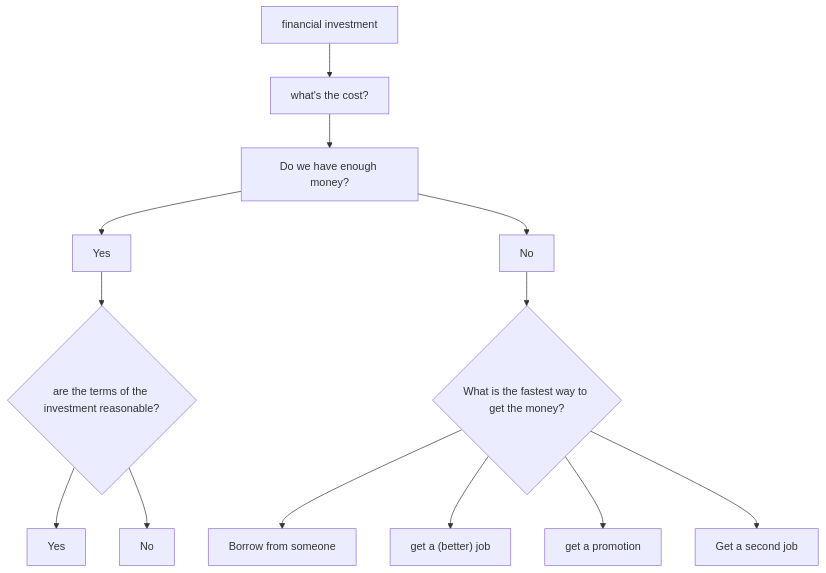
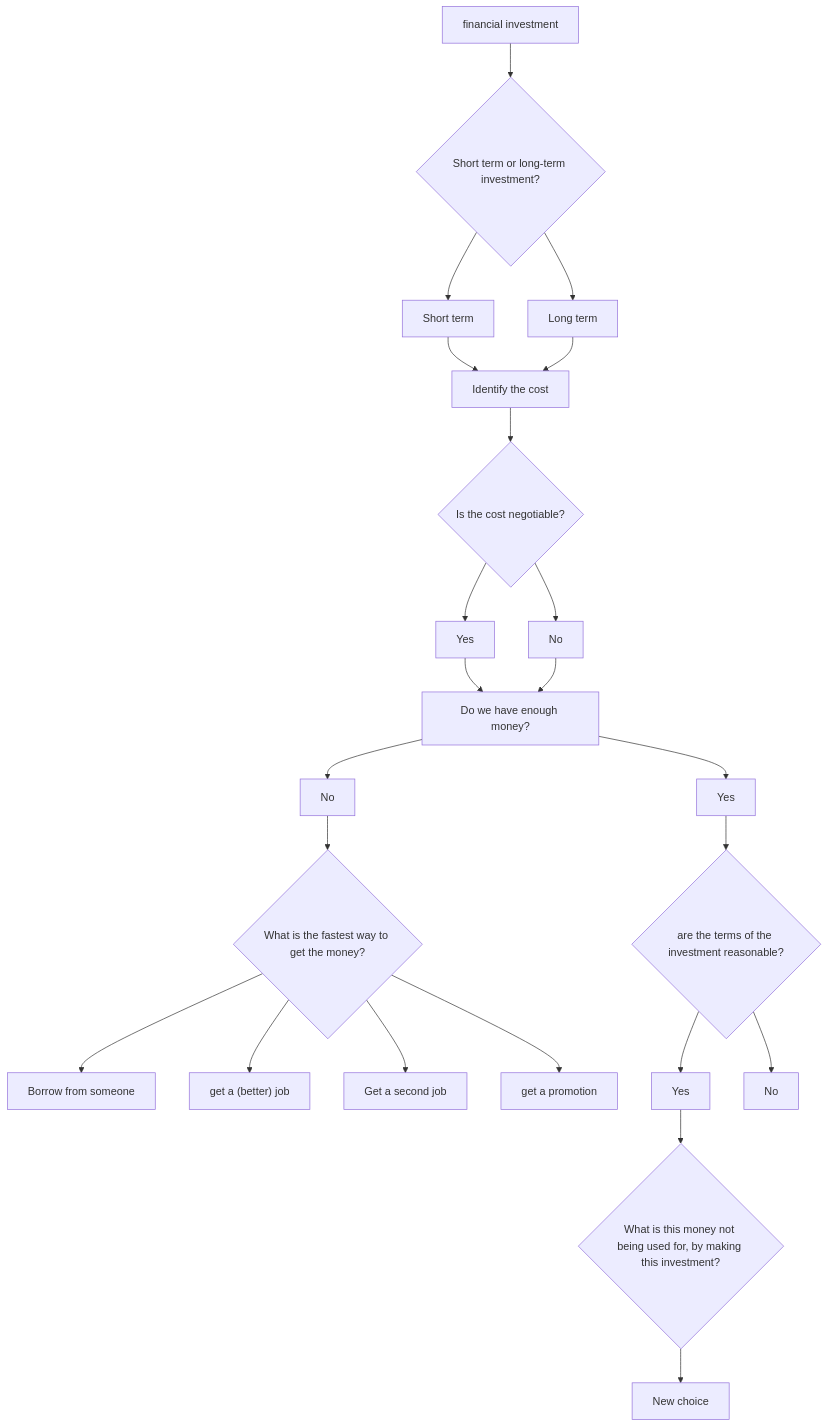
Before and after one commit to matkatmusic/relationship-mermaid: the diagram in diagrams/financial-investments.mmd, drawn with Mermaid. The commit also changed 3 other files, not shown here.

```diff
--- a/diagrams/financial-investments.mmd
+++ b/diagrams/financial-investments.mmd
@@ -1,28 +1,51 @@
 flowchart TD
   B_A[financial investment]
-  B_B[what's the cost?]
+  B_B["Identify the cost"]
   B_C[Do we have enough money?]
   Q_CHOICE_C_Y[Yes]
   Q_CHOICE_C_N[No]
   Q_NEED_MONEY_ROUTE{What is the fastest way to get the money?}
 B_E_BORROW[Borrow from someone]
 B_E_NEW_JOB["get a (better) job"]
 B_E_SECOND_JOB[Get a second job]
 B_E_JOB_PROMOTION[get a promotion]
   Q_ARE_TERMS_REASONABLE{are the terms of the investment reasonable?}
 
 Q_CHOICE_ARE_TERMS_REASONABLE_Y[Yes]
 Q_CHOICE_ARE_TERMS_REASONABLE_N[No]
 
-B_A --> B_B --> B_C
 B_C --> Q_CHOICE_C_Y --> Q_ARE_TERMS_REASONABLE
 B_C --> Q_CHOICE_C_N --> Q_NEED_MONEY_ROUTE
 
 Q_NEED_MONEY_ROUTE --> B_E_BORROW
 Q_NEED_MONEY_ROUTE --> B_E_NEW_JOB
 Q_NEED_MONEY_ROUTE --> B_E_JOB_PROMOTION
 Q_NEED_MONEY_ROUTE --> B_E_SECOND_JOB
 
 Q_ARE_TERMS_REASONABLE --> Q_CHOICE_ARE_TERMS_REASONABLE_Y
 
 Q_ARE_TERMS_REASONABLE --> Q_CHOICE_ARE_TERMS_REASONABLE_N
+  B_B --> Q_NEW_1
+  Q_NEW_1{"Is the cost negotiable?"}
+  Q_CHOICE_NEW_1_NEW["Yes"]
+  Q_NEW_1 --> Q_CHOICE_NEW_1_NEW
+  Q_CHOICE_NEW_1_NEW --> B_C
+  Q_CHOICE_NEW_1_NEW2["No"]
+  Q_NEW_1 --> Q_CHOICE_NEW_1_NEW2
+  Q_CHOICE_NEW_1_NEW2 --> B_C
+  Q_CHOICE_ARE_TERMS_REASONABLE_Y --> Q_NEW_2
+  Q_NEW_2{"What is this money not being used for, by making this investment?"}
+  Q_CHOICE_NEW_2_NEW["New choice"]
+  Q_NEW_2 --> Q_CHOICE_NEW_2_NEW
+  B_A --> Q_NEW_3
+  Q_NEW_3{"Short term or long-term investment?"}
+  Q_CHOICE_NEW_3_NEW["Short term"]
+  Q_NEW_3 --> Q_CHOICE_NEW_3_NEW
+  Q_CHOICE_NEW_3_NEW --> B_B
+  Q_CHOICE_NEW_3_NEW2["Long term"]
+  Q_NEW_3 --> Q_CHOICE_NEW_3_NEW2
+  Q_CHOICE_NEW_3_NEW2 --> B_B
+%%%%====
+%% DO NOT MODIFY - AUTOMATICALLY GENERATED DURING EVERY SAVE
+%% {"lastSelectedNodeId":null,"outputScrollLeft":731,"outputScrollTop":0,"typeColors":{"decision":"#f6d365","choice":"#9ed7a4","static":"#9fc5e8","goal":"#c9b6e4"},"nodeTypes":{}}
+%%%%====
```
